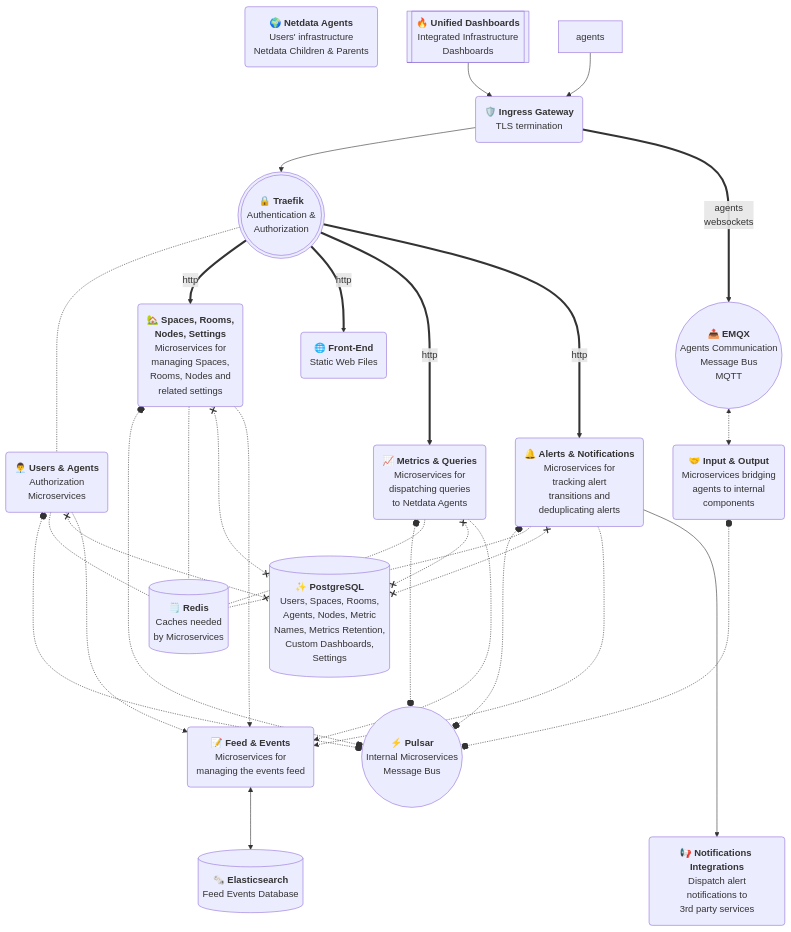
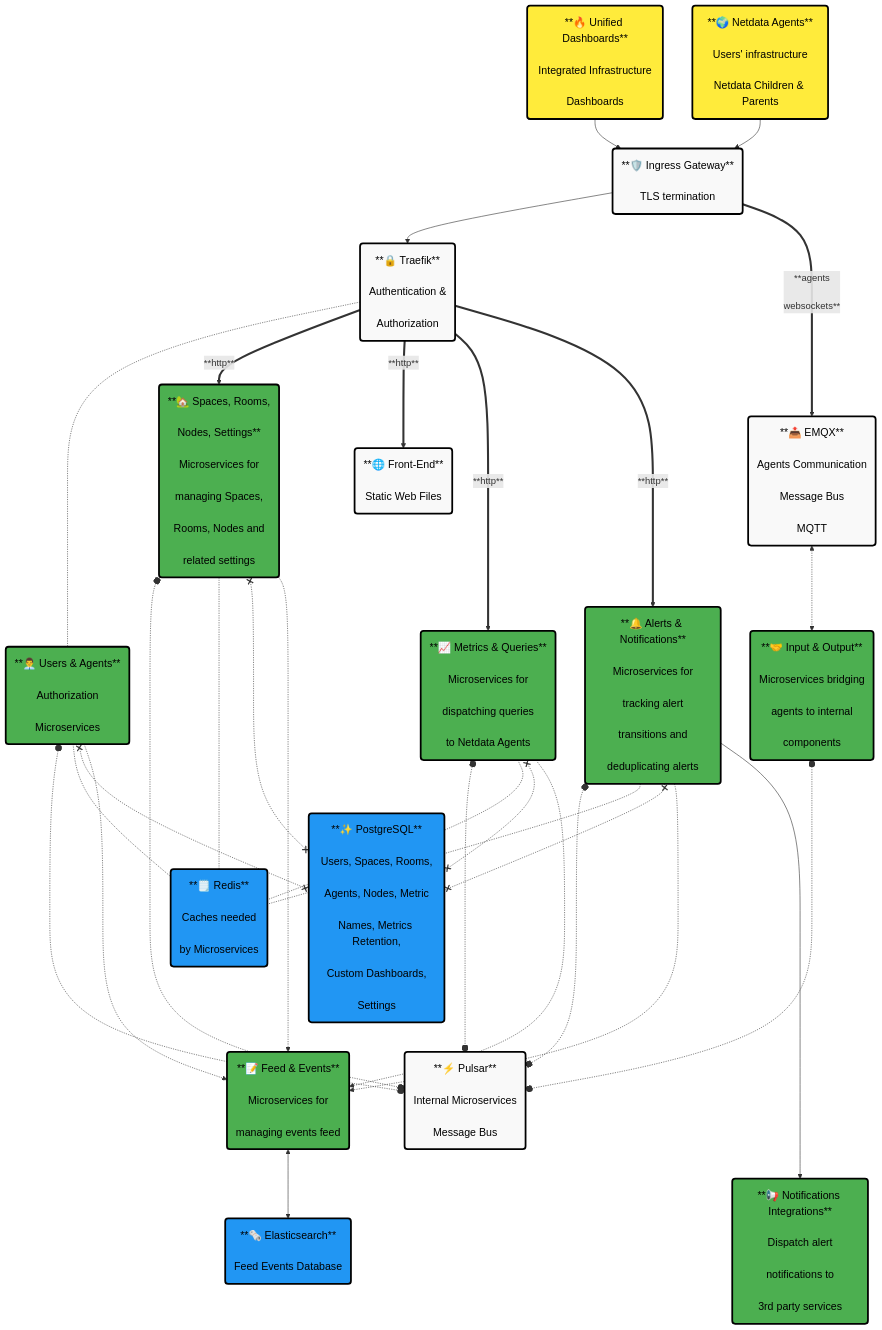
One commit to netdata/learn changed the diagram in docs/netdata-cloud-on-prem/netdata-cloud-on-prem.mdx. Above: the diagram before and after it, drawn with Mermaid. The commit also changed other lines of this file and 39 other files, not shown here.

````diff
--- a/docs/netdata-cloud-on-prem/netdata-cloud-on-prem.mdx
+++ b/docs/netdata-cloud-on-prem/netdata-cloud-on-prem.mdx
@@ -16,49 +19,61 @@
 ```mermaid
 flowchart TD
-    Agents("🌍 <b>Netdata Agents</b><br/>Users' infrastructure<br/>Netdata Children & Parents")
-    users[["🔥 <b>Unified Dashboards</b><br/>Integrated Infrastructure<br/>Dashboards"]]
-    ingress("🛡️ <b>Ingress Gateway</b><br/>TLS termination")
-    traefik((("🔒 <b>Traefik</b><br/>Authentication &<br/>Authorization")))
-    emqx(("📤 <b>EMQX</b><br/>Agents Communication<br/>Message Bus<br/>MQTT"))
-    pulsar(("⚡ <b>Pulsar</b><br/>Internal Microservices<br/>Message Bus"))
-    frontend("🌐 <b>Front-End</b><br/>Static Web Files")
-    auth("👨‍💼 <b>Users &amp; Agents</b><br/>Authorization<br/>Microservices")
-    spaceroom("🏡 <b>Spaces, Rooms,<br/>Nodes, Settings</b><br/>Microservices for<br/>managing Spaces,<br/>Rooms, Nodes and<br/>related settings")
-    charts("📈 <b>Metrics & Queries</b><br/>Microservices for<br/>dispatching queries<br/>to Netdata Agents")
-    alerts("🔔 <b>Alerts & Notifications</b><br/>Microservices for<br/>tracking alert<br/>transitions and<br/>deduplicating alerts")
-    sql[("✨ <b>PostgreSQL</b><br/>Users, Spaces, Rooms,<br/>Agents, Nodes, Metric<br/>Names, Metrics Retention,<br/>Custom Dashboards,<br/>Settings")]
-    redis[("🗒️ <b>Redis</b><br/>Caches needed<br/>by Microservices")]
-    elk[("🗞️ <b>Elasticsearch</b><br/>Feed Events Database")]
-    bridges("🤝 <b>Input & Output</b><br/>Microservices bridging<br/>agents to internal<br/>components")
-    notifications("📢 <b>Notifications Integrations</b><br/>Dispatch alert<br/>notifications to<br/>3rd party services")
-    feed("📝 <b>Feed & Events</b><br/>Microservices for<br/>managing the events feed")
+    Agents("**🌍 Netdata Agents**<br/><br/>Users' infrastructure<br/><br/>Netdata Children & Parents")
+    users("**🔥 Unified Dashboards**<br/><br/>Integrated Infrastructure<br/><br/>Dashboards")
+    ingress("**🛡️ Ingress Gateway**<br/><br/>TLS termination")
+    traefik("**🔒 Traefik**<br/><br/>Authentication &<br/><br/>Authorization")
+    emqx("**📤 EMQX**<br/><br/>Agents Communication<br/><br/>Message Bus<br/><br/>MQTT")
+    pulsar("**⚡ Pulsar**<br/><br/>Internal Microservices<br/><br/>Message Bus")
+    frontend("**🌐 Front-End**<br/><br/>Static Web Files")
+    auth("**👨‍💼 Users & Agents**<br/><br/>Authorization<br/><br/>Microservices")
+    spaceroom("**🏡 Spaces, Rooms,<br/><br/>Nodes, Settings**<br/><br/>Microservices for<br/><br/>managing Spaces,<br/><br/>Rooms, Nodes and<br/><br/>related settings")
+    charts("**📈 Metrics & Queries**<br/><br/>Microservices for<br/><br/>dispatching queries<br/><br/>to Netdata Agents")
+    alerts("**🔔 Alerts & Notifications**<br/><br/>Microservices for<br/><br/>tracking alert<br/><br/>transitions and<br/><br/>deduplicating alerts")
+    sql("**✨ PostgreSQL**<br/><br/>Users, Spaces, Rooms,<br/><br/>Agents, Nodes, Metric<br/><br/>Names, Metrics Retention,<br/><br/>Custom Dashboards,<br/><br/>Settings")
+    redis("**🗒️ Redis**<br/><br/>Caches needed<br/><br/>by Microservices")
+    elk("**🗞️ Elasticsearch**<br/><br/>Feed Events Database")
+    bridges("**🤝 Input & Output**<br/><br/>Microservices bridging<br/><br/>agents to internal<br/><br/>components")
+    notifications("**📢 Notifications Integrations**<br/><br/>Dispatch alert<br/><br/>notifications to<br/><br/>3rd party services")
+    feed("**📝 Feed & Events**<br/><br/>Microservices for<br/><br/>managing events feed")
+
     users --> ingress
-    agents --> ingress
+    Agents --> ingress
     ingress --> traefik
-    ingress ==>|agents<br/>websockets| emqx
+    ingress ==>|**agents<br/><br/>websockets**| emqx
     traefik -.- auth
-    traefik ==>|http| spaceroom
-    traefik ==>|http| frontend
-    traefik ==>|http| charts
-    traefik ==>|http| alerts
+    traefik ==>|**http**| spaceroom
+    traefik ==>|**http**| frontend
+    traefik ==>|**http**| charts
+    traefik ==>|**http**| alerts
     spaceroom o-...-o pulsar
     spaceroom -.- redis
     spaceroom x-..-x sql
     spaceroom -.-> feed
     charts o-.-o pulsar
     charts -.- redis
     charts x-.-x sql
     charts -..-> feed
     alerts o-.-o pulsar
     alerts -.- redis
     alerts x-.-x sql
     alerts -..-> feed
     auth o-.-o pulsar
     auth -.- redis
     auth x-.-x sql
     auth -.-> feed
     feed <--> elk
     alerts ----> notifications
-    %% auth ~~~ spaceroom
     emqx <.-> bridges o-..-o pulsar
+
+    %% Style definitions
+    classDef alert fill:#ffeb3b,stroke:#000000,stroke-width:3px,color:#000000,font-size:18px
+    classDef neutral fill:#f9f9f9,stroke:#000000,stroke-width:3px,color:#000000,font-size:18px
+    classDef complete fill:#4caf50,stroke:#000000,stroke-width:3px,color:#000000,font-size:18px
+    classDef database fill:#2196F3,stroke:#000000,stroke-width:3px,color:#000000,font-size:18px
+
+    %% Apply styles
+    class Agents,users alert
+    class ingress,traefik,emqx,pulsar,frontend neutral
+    class auth,spaceroom,charts,alerts,bridges,notifications,feed complete
+    class sql,redis,elk database
 ```
````
